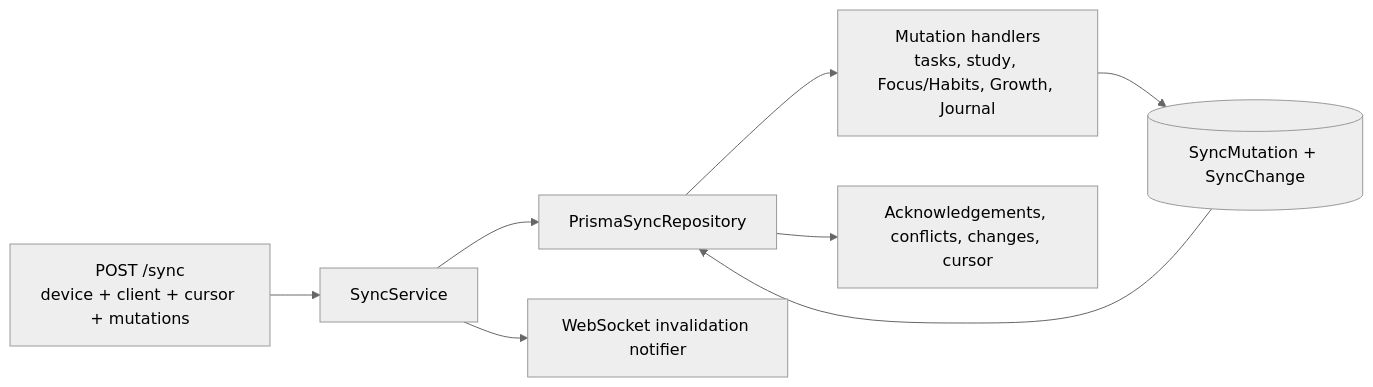
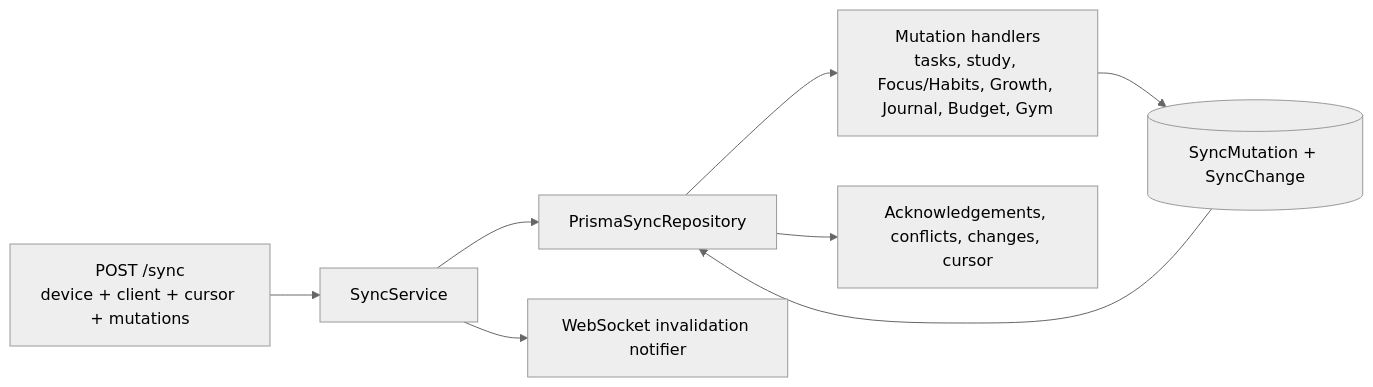
One commit to huynguyen1999/itu changed the third of 4 diagrams in agent_docs/architectures/api.md. Above: the diagram before and after it, drawn with Mermaid (neutral theme). The commit also changed other lines of this file and 121 other files, not shown here.

Commit message:
feat: offline first gym/money/journal

````diff
--- a/agent_docs/architectures/api.md
+++ b/agent_docs/architectures/api.md
@@ -110,14 +110,14 @@
 ```mermaid
 flowchart LR
     Request["POST /sync\ndevice + client + cursor + mutations"]
     Service["SyncService"]
     Facade["PrismaSyncRepository"]
-    Handlers["Mutation handlers\ntasks, study, Focus/Habits, Growth, Journal"]
+    Handlers["Mutation handlers\ntasks, study, Focus/Habits, Growth, Journal, Budget, Gym"]
     Journal[("SyncMutation + SyncChange")]
     Result["Acknowledgements, conflicts, changes, cursor"]
     Socket["WebSocket invalidation notifier"]
 
     Request --> Service --> Facade --> Handlers --> Journal
     Journal --> Facade --> Result
     Service --> Socket
 ```
````
